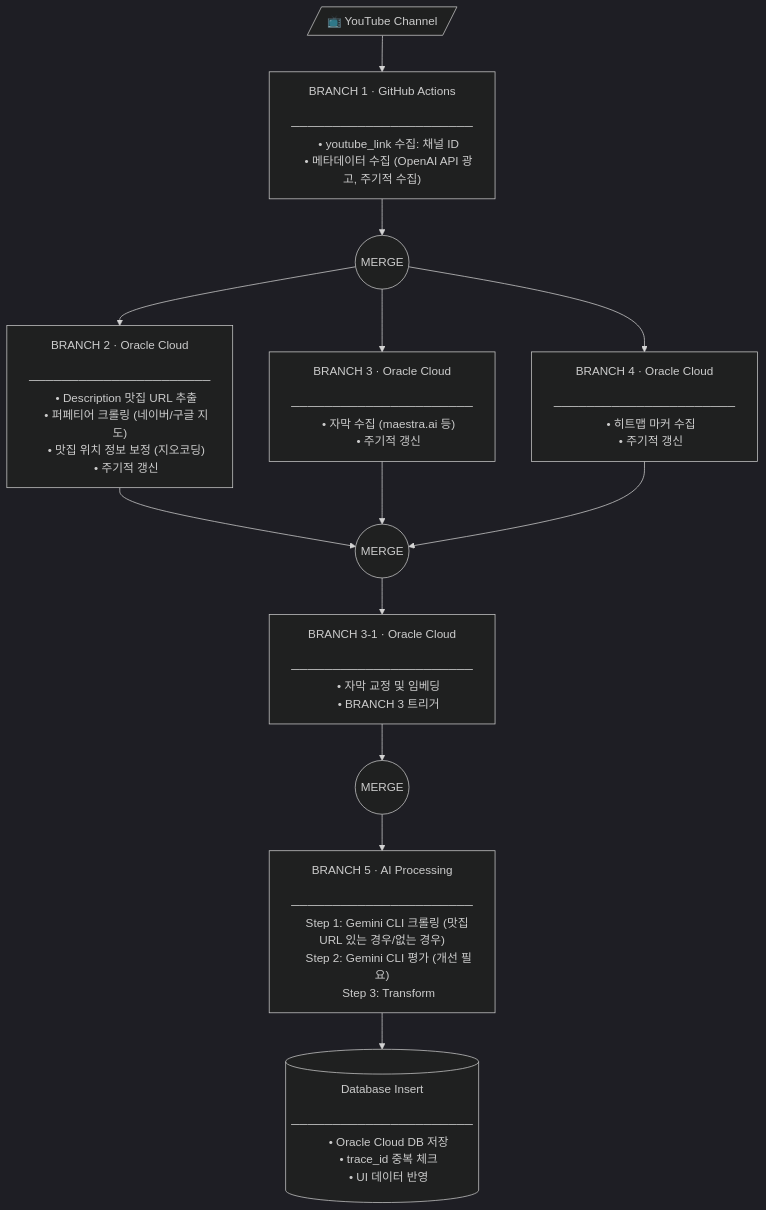
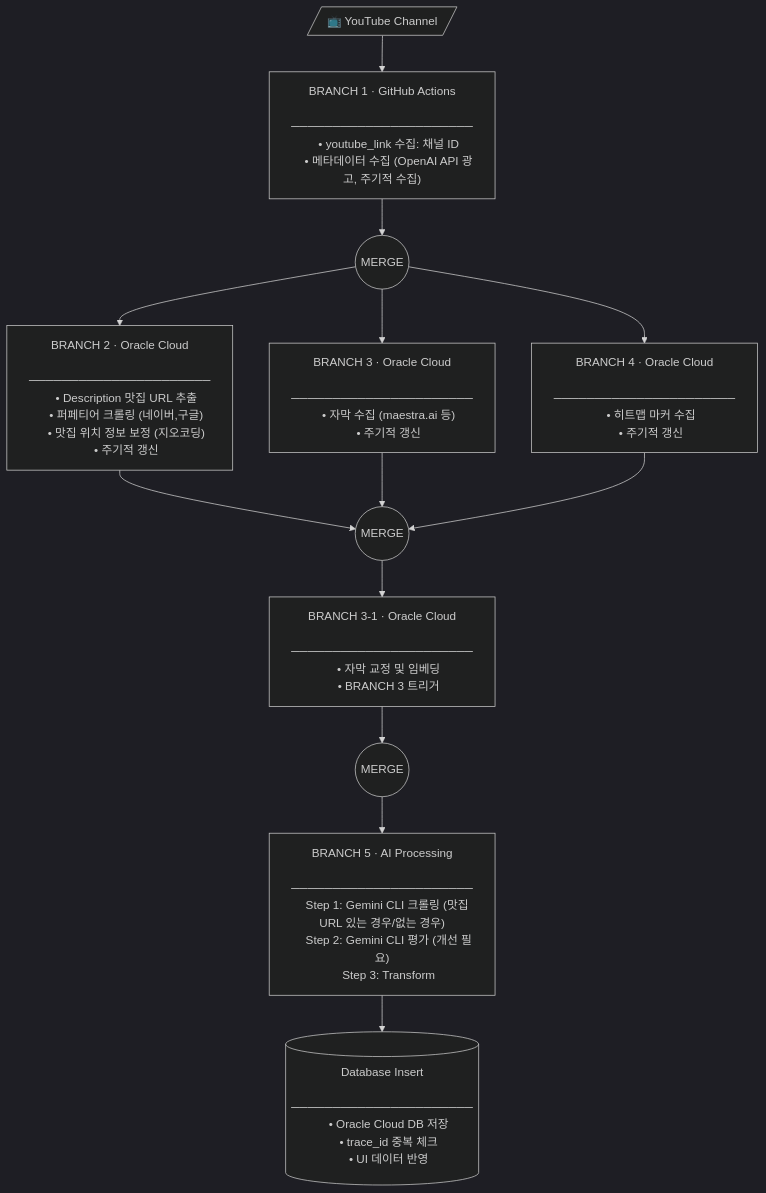
One commit to twoimo/tzudong changed the diagram in backend/tzudong_pipeline_v2.0/README.md. Above: the diagram before and after it, drawn with Mermaid (dark theme). The commit also changed other lines of this file, not shown here.

````diff
--- a/backend/tzudong_pipeline_v2.0/README.md
+++ b/backend/tzudong_pipeline_v2.0/README.md
@@ -108,58 +108,58 @@
 ```mermaid
 flowchart TD
     YT[/"📺 YouTube Channel"/]
 
     B1["BRANCH 1 · GitHub Actions
     ──────────────────────
     • youtube_link 수집: 채널 ID
     • 메타데이터 수집 (OpenAI API 광고, 주기적 수집)"]
 
     M1(("MERGE"))
 
     B2["BRANCH 2 · Oracle Cloud
     ──────────────────────
     • Description 맛집 URL 추출
-    • 퍼페티어 크롤링 (네이버/구글 지도)
+    • 퍼페티어 크롤링 (네이버,구글)
     • 맛집 위치 정보 보정 (지오코딩)
     • 주기적 갱신"]
 
     B3["BRANCH 3 · Oracle Cloud
     ──────────────────────
     • 자막 수집 (maestra.ai 등)
     • 주기적 갱신"]
 
     B4["BRANCH 4 · Oracle Cloud
     ──────────────────────
     • 히트맵 마커 수집
     • 주기적 갱신"]
 
     M2(("MERGE"))
 
     B3_1["BRANCH 3-1 · Oracle Cloud
     ──────────────────────
     • 자막 교정 및 임베딩
     • BRANCH 3 트리거"]
 
     M3(("MERGE"))
 
     B5["BRANCH 5 · AI Processing
     ──────────────────────
     Step 1: Gemini CLI 크롤링 (맛집 URL 있는 경우/없는 경우)
     Step 2: Gemini CLI 평가 (개선 필요)
     Step 3: Transform"]
 
     DB[("Database Insert
     ──────────────────────
     • Oracle Cloud DB 저장
     • trace_id 중복 체크
     • UI 데이터 반영")]
 
     YT --> B1 --> M1
     M1 --> B2
     M1 --> B3
     M1 --> B4
     B2 --> M2
     B3 --> M2
     B4 --> M2
     M2 --> B3_1 --> M3 --> B5 --> DB
 ```
````
